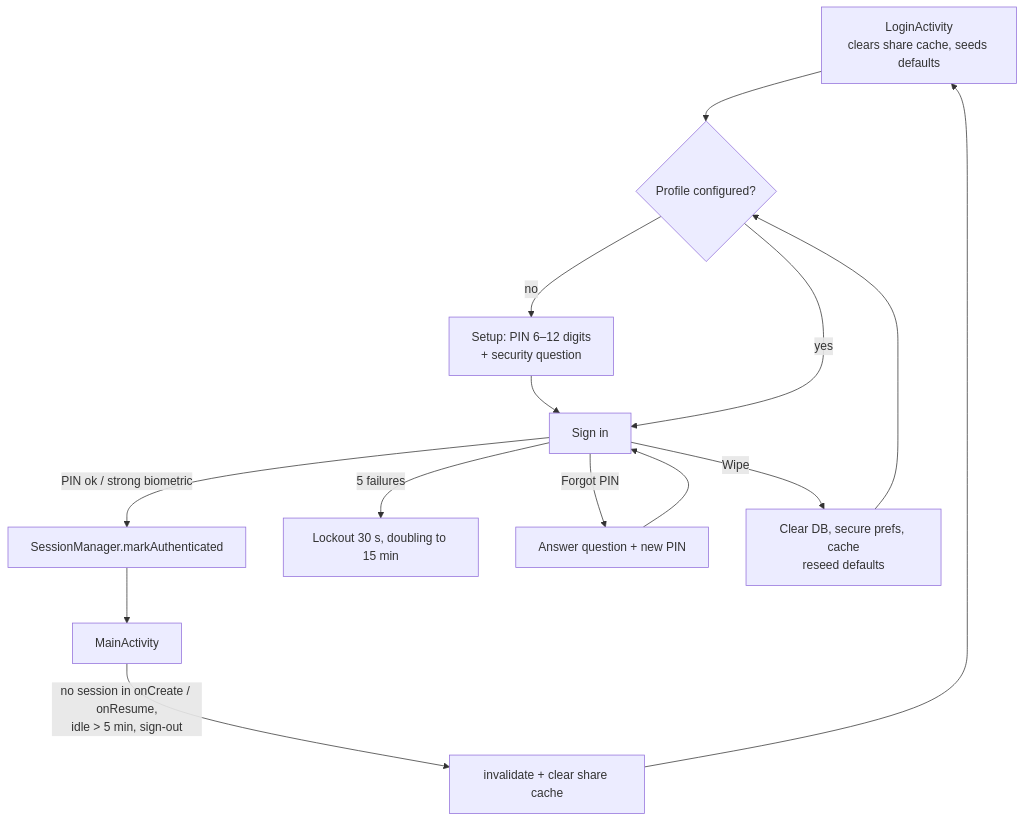
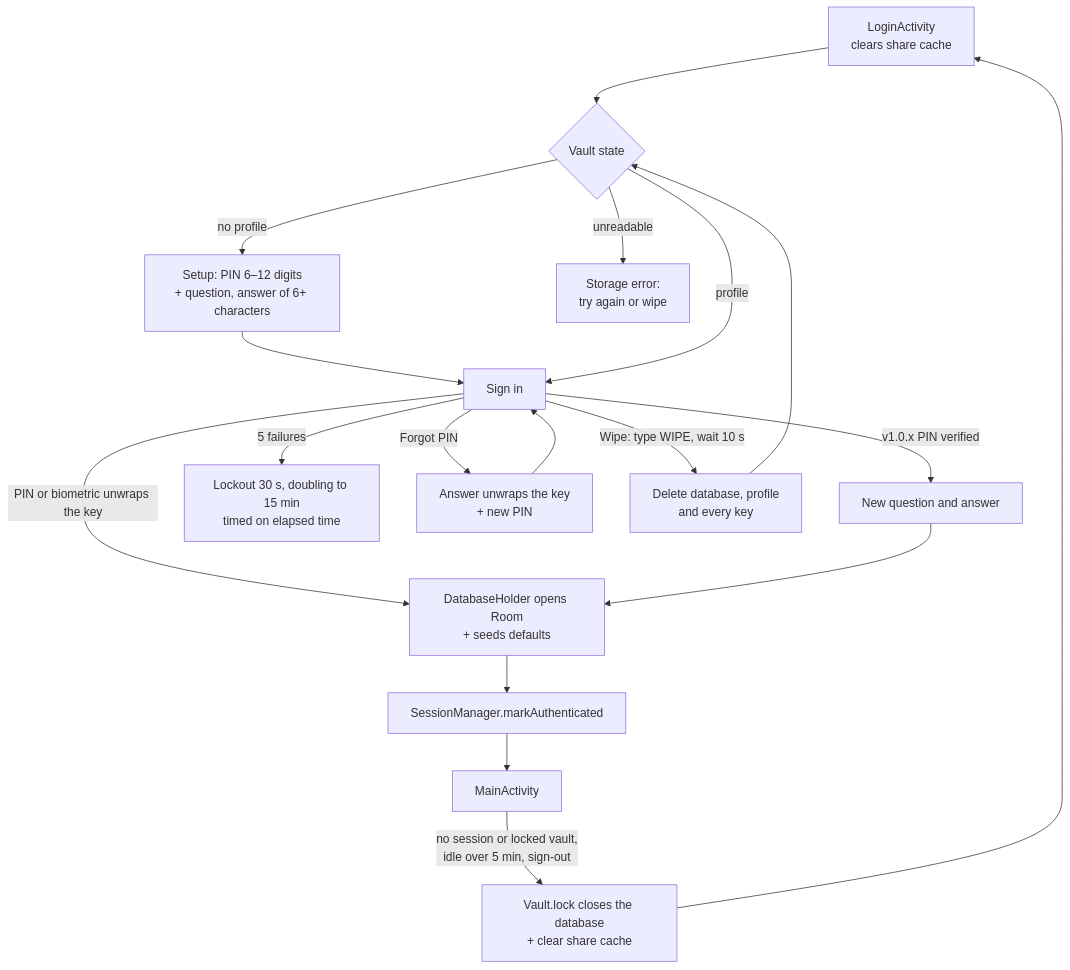
The second of 4 diagrams in intel/map.md (jabbott-iii/DenariiDolor), drawn with Mermaid before and after one commit. The commit also changed other lines of this file and 45 other files, not shown here.

````diff
--- a/intel/map.md
+++ b/intel/map.md
@@ -70,12 +74,14 @@
 ```mermaid
 flowchart TD
-    L[LoginActivity<br/>clears share cache, seeds defaults] --> S{Profile configured?}
-    S -- no --> SETUP[Setup: PIN 6–12 digits<br/>+ security question] --> SI
-    S -- yes --> SI[Sign in]
-    SI -- PIN ok / strong biometric --> AUTH[SessionManager.markAuthenticated]
-    SI -- 5 failures --> LOCK[Lockout 30 s, doubling to 15 min]
-    SI -- Forgot PIN --> REC[Answer question + new PIN] --> SI
-    SI -- Wipe --> WIPE[Clear DB, secure prefs, cache<br/>reseed defaults] --> S
-    AUTH --> MAIN[MainActivity]
-    MAIN -- no session in onCreate / onResume,<br/>idle > 5 min, sign-out --> OUT[invalidate + clear share cache] --> L
+    L[LoginActivity<br/>clears share cache] --> S{Vault state}
+    S -- no profile --> SETUP[Setup: PIN 6–12 digits<br/>+ question, answer of 6+ characters] --> SI
+    S -- profile --> SI[Sign in]
+    S -- unreadable --> ERR[Storage error:<br/>try again or wipe]
+    SI -- PIN or biometric unwraps the key --> OPEN[DatabaseHolder opens Room<br/>+ seeds defaults]
+    SI -- v1.0.x PIN verified --> UP[New question and answer] --> OPEN
+    SI -- 5 failures --> LOCK[Lockout 30 s, doubling to 15 min<br/>timed on elapsed time]
+    SI -- Forgot PIN --> REC[Answer unwraps the key<br/>+ new PIN] --> SI
+    SI -- Wipe: type WIPE, wait 10 s --> WIPE[Delete database, profile<br/>and every key] --> S
+    OPEN --> AUTH[SessionManager.markAuthenticated] --> MAIN[MainActivity]
+    MAIN -- no session or locked vault,<br/>idle over 5 min, sign-out --> OUT[Vault.lock closes the database<br/>+ clear share cache] --> L
 ```
````
